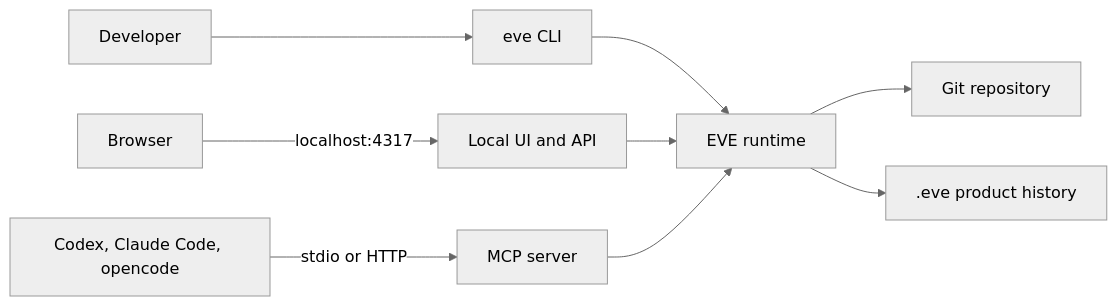
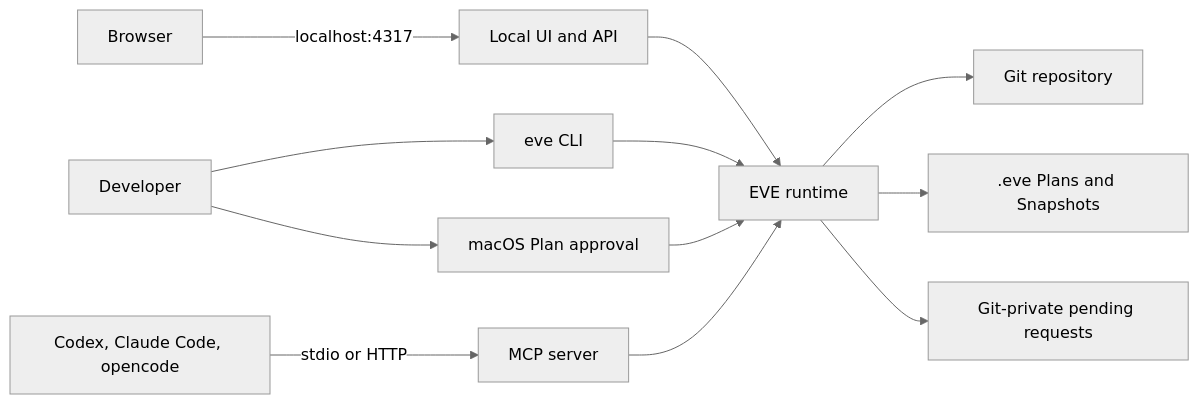
One commit to nhestrompia/eve changed the diagram in README.md. Above: the diagram before and after it, drawn with Mermaid (neutral theme). The commit also changed other lines of this file and 39 other files, not shown here.

Commit message:
feat: add resumable plan snapshots

````diff
--- a/README.md
+++ b/README.md
@@ -63,13 +94,16 @@
 ```mermaid
 flowchart LR
     Developer[Developer] --> CLI[eve CLI]
+    Developer --> Approval[macOS Plan approval]
     Browser[Browser] -->|localhost:4317| UI[Local UI and API]
     Agents[Codex, Claude Code, opencode] -->|stdio or HTTP| MCP[MCP server]
 
     CLI --> Runtime[EVE runtime]
     UI --> Runtime
     MCP --> Runtime
+    Approval --> Runtime
 
     Runtime --> Git[Git repository]
-    Runtime --> History[.eve product history]
+    Runtime --> History[.eve Plans and Snapshots]
+    Runtime --> Private[Git-private pending requests]
 ```
````
